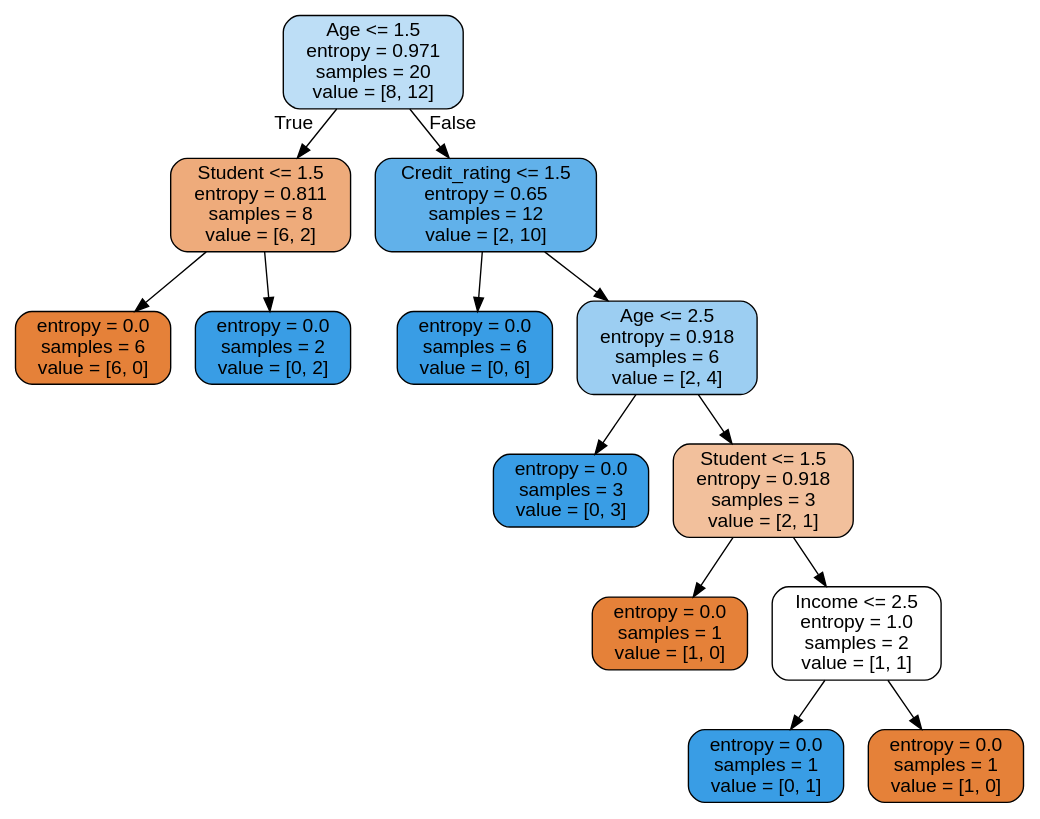
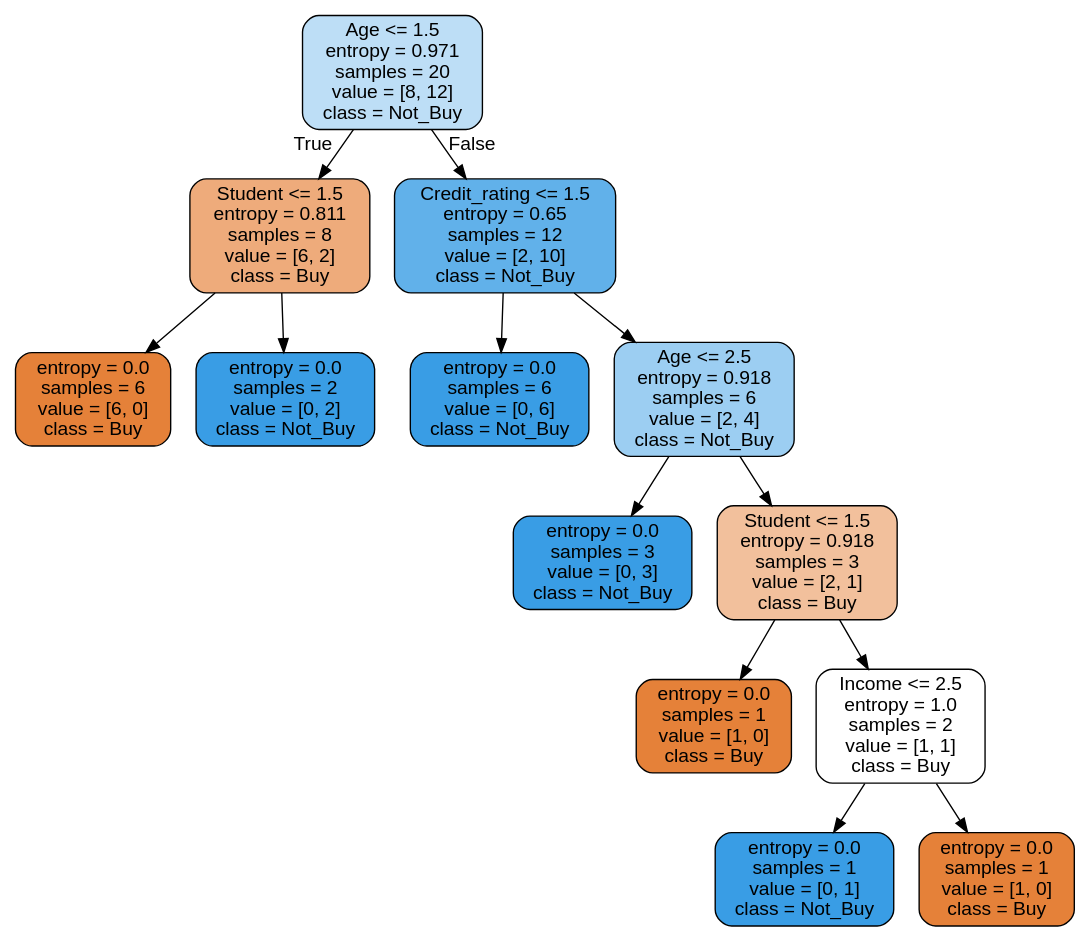
Before and after one commit to eichstaedtk/ke-python: the diagram in buycomputer.dot, drawn with Graphviz. The commit also changed 1 other file, not shown here.

```diff
--- a/buycomputer.dot
+++ b/buycomputer.dot
@@ -1,29 +1,29 @@
 digraph Tree {
 node [shape=box, style="filled, rounded", color="black", fontname=helvetica] ;
 edge [fontname=helvetica] ;
-0 [label="Age <= 1.5\nentropy = 0.971\nsamples = 20\nvalue = [8, 12]", fillcolor="#bddef6"] ;
-1 [label="Student <= 1.5\nentropy = 0.811\nsamples = 8\nvalue = [6, 2]", fillcolor="#eeab7b"] ;
+0 [label="Age <= 1.5\nentropy = 0.971\nsamples = 20\nvalue = [8, 12]\nclass = Not_Buy", fillcolor="#bddef6"] ;
+1 [label="Student <= 1.5\nentropy = 0.811\nsamples = 8\nvalue = [6, 2]\nclass = Buy", fillcolor="#eeab7b"] ;
 0 -> 1 [labeldistance=2.5, labelangle=45, headlabel="True"] ;
-2 [label="entropy = 0.0\nsamples = 6\nvalue = [6, 0]", fillcolor="#e58139"] ;
+2 [label="entropy = 0.0\nsamples = 6\nvalue = [6, 0]\nclass = Buy", fillcolor="#e58139"] ;
 1 -> 2 ;
-3 [label="entropy = 0.0\nsamples = 2\nvalue = [0, 2]", fillcolor="#399de5"] ;
+3 [label="entropy = 0.0\nsamples = 2\nvalue = [0, 2]\nclass = Not_Buy", fillcolor="#399de5"] ;
 1 -> 3 ;
-4 [label="Credit_rating <= 1.5\nentropy = 0.65\nsamples = 12\nvalue = [2, 10]", fillcolor="#61b1ea"] ;
+4 [label="Credit_rating <= 1.5\nentropy = 0.65\nsamples = 12\nvalue = [2, 10]\nclass = Not_Buy", fillcolor="#61b1ea"] ;
 0 -> 4 [labeldistance=2.5, labelangle=-45, headlabel="False"] ;
-5 [label="entropy = 0.0\nsamples = 6\nvalue = [0, 6]", fillcolor="#399de5"] ;
+5 [label="entropy = 0.0\nsamples = 6\nvalue = [0, 6]\nclass = Not_Buy", fillcolor="#399de5"] ;
 4 -> 5 ;
-6 [label="Age <= 2.5\nentropy = 0.918\nsamples = 6\nvalue = [2, 4]", fillcolor="#9ccef2"] ;
+6 [label="Age <= 2.5\nentropy = 0.918\nsamples = 6\nvalue = [2, 4]\nclass = Not_Buy", fillcolor="#9ccef2"] ;
 4 -> 6 ;
-7 [label="entropy = 0.0\nsamples = 3\nvalue = [0, 3]", fillcolor="#399de5"] ;
+7 [label="entropy = 0.0\nsamples = 3\nvalue = [0, 3]\nclass = Not_Buy", fillcolor="#399de5"] ;
 6 -> 7 ;
-8 [label="Student <= 1.5\nentropy = 0.918\nsamples = 3\nvalue = [2, 1]", fillcolor="#f2c09c"] ;
+8 [label="Student <= 1.5\nentropy = 0.918\nsamples = 3\nvalue = [2, 1]\nclass = Buy", fillcolor="#f2c09c"] ;
 6 -> 8 ;
-9 [label="entropy = 0.0\nsamples = 1\nvalue = [1, 0]", fillcolor="#e58139"] ;
+9 [label="entropy = 0.0\nsamples = 1\nvalue = [1, 0]\nclass = Buy", fillcolor="#e58139"] ;
 8 -> 9 ;
-10 [label="Income <= 2.5\nentropy = 1.0\nsamples = 2\nvalue = [1, 1]", fillcolor="#ffffff"] ;
+10 [label="Income <= 2.5\nentropy = 1.0\nsamples = 2\nvalue = [1, 1]\nclass = Buy", fillcolor="#ffffff"] ;
 8 -> 10 ;
-11 [label="entropy = 0.0\nsamples = 1\nvalue = [0, 1]", fillcolor="#399de5"] ;
+11 [label="entropy = 0.0\nsamples = 1\nvalue = [0, 1]\nclass = Not_Buy", fillcolor="#399de5"] ;
 10 -> 11 ;
-12 [label="entropy = 0.0\nsamples = 1\nvalue = [1, 0]", fillcolor="#e58139"] ;
+12 [label="entropy = 0.0\nsamples = 1\nvalue = [1, 0]\nclass = Buy", fillcolor="#e58139"] ;
 10 -> 12 ;
 }
```
